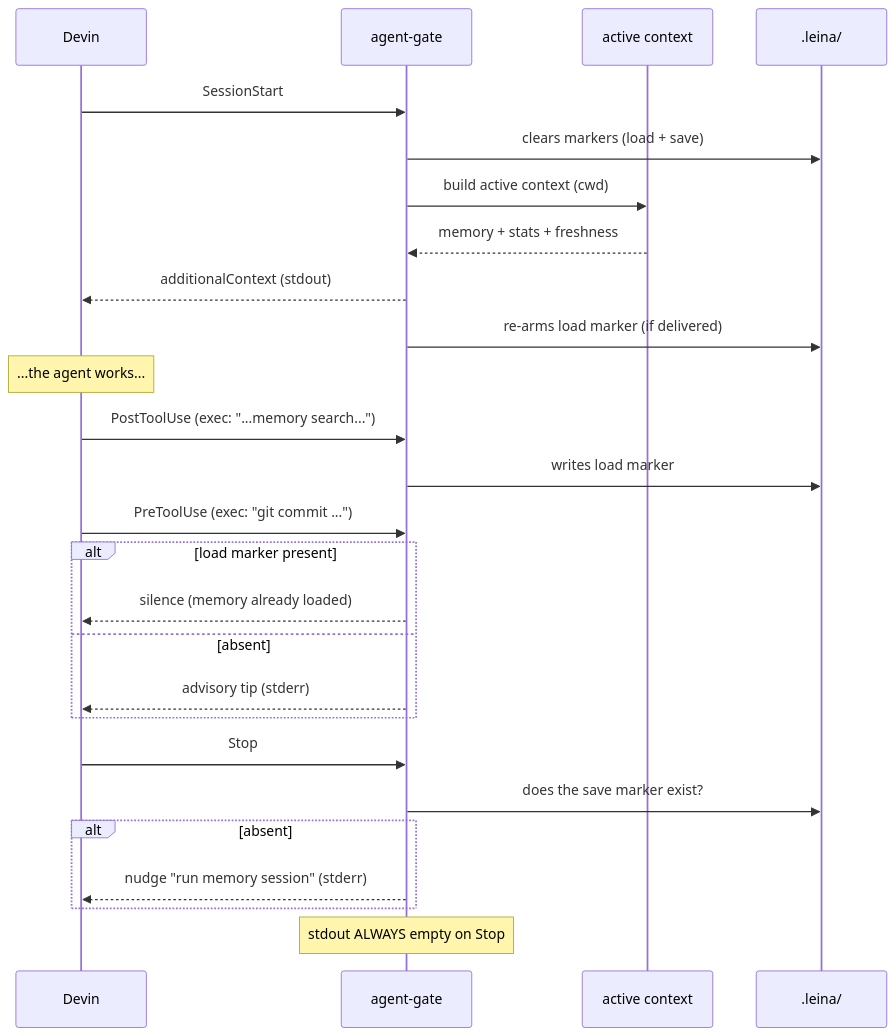
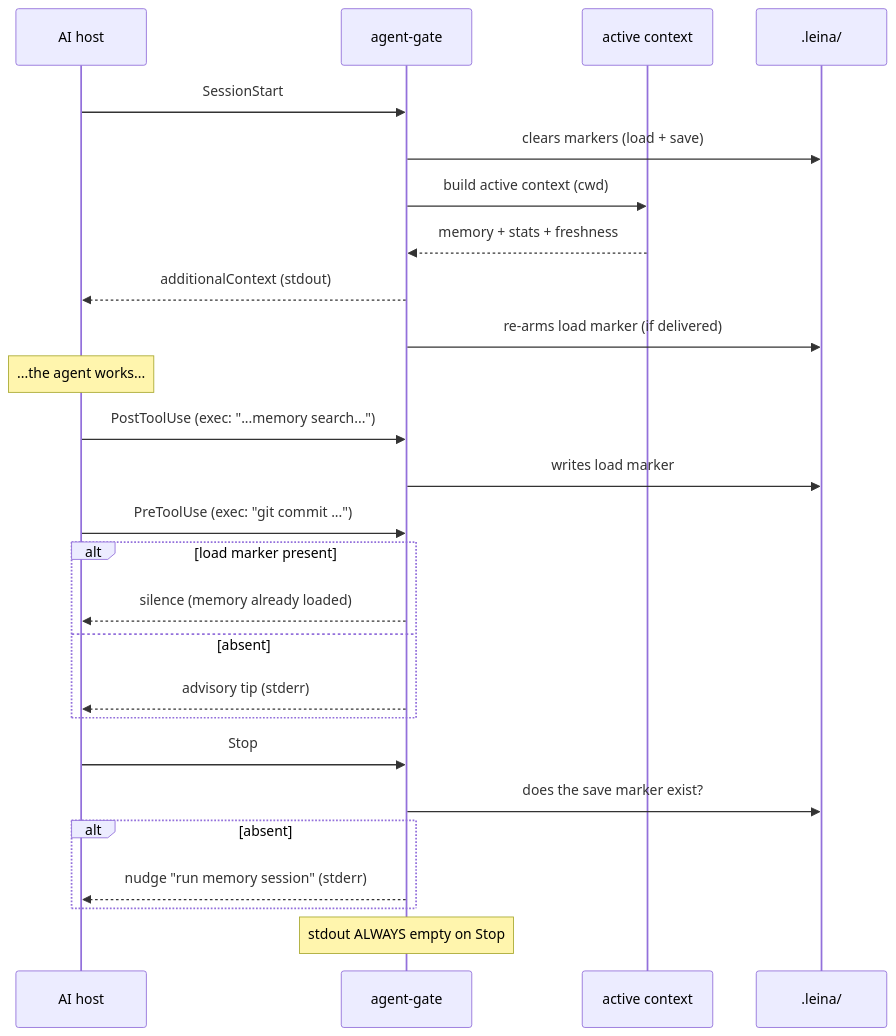
Before and after one commit to Kolimar/leina: the third of 3 diagrams in docs/concepts/06-hooks-e-inyeccion.md, drawn with Mermaid. The commit also changed other lines of this file and 13 other files, not shown here.

````diff
--- a/docs/concepts/06-hooks-e-inyeccion.md
+++ b/docs/concepts/06-hooks-e-inyeccion.md
@@ -110,32 +111,32 @@
 ```mermaid
 sequenceDiagram
-    participant D as Devin
+    participant D as AI host
     participant G as agent-gate
     participant C as active context
     participant Disk as .leina/
 
     D->>G: SessionStart
     G->>Disk: clears markers (load + save)
     G->>C: build active context (cwd)
     C-->>G: memory + stats + freshness
     G-->>D: additionalContext (stdout)
     G->>Disk: re-arms load marker (if delivered)
 
     Note over D: ...the agent works...
     D->>G: PostToolUse (exec: "...memory search...")
     G->>Disk: writes load marker
 
     D->>G: PreToolUse (exec: "git commit ...")
     alt load marker present
         G-->>D: silence (memory already loaded)
     else absent
         G-->>D: advisory tip (stderr)
     end
 
     D->>G: Stop
     G->>Disk: does the save marker exist?
     alt absent
         G-->>D: nudge "run memory session" (stderr)
     end
     Note over G: stdout ALWAYS empty on Stop
 ```
````
